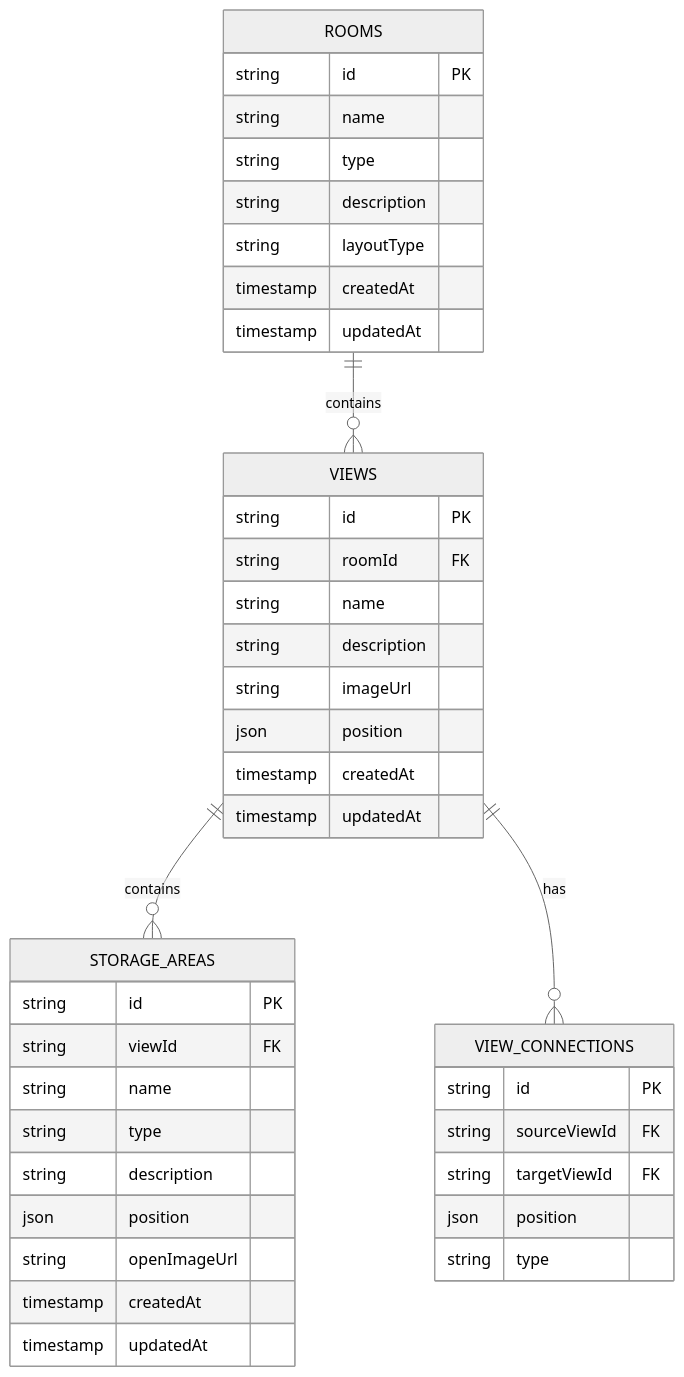
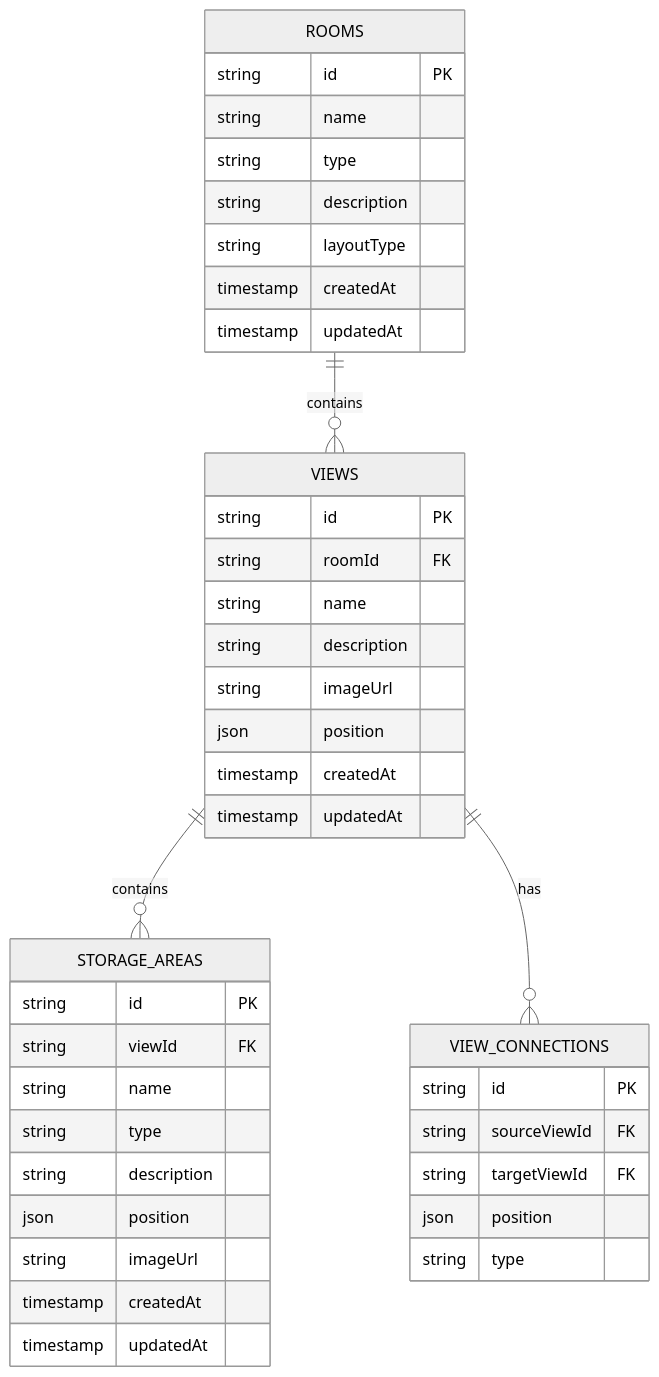
One commit to straiforos/kitchen-360 changed the second of 11 diagrams in docs/ARCHITECTURE.md. Above: the diagram before and after it, drawn with Mermaid (neutral theme). The commit also changed other lines of this file, not shown here.

First line of the commit message:
Enhance architecture documentation with new ImageUrlMixin and Position classes

````diff
--- a/docs/ARCHITECTURE.md
+++ b/docs/ARCHITECTURE.md
@@ -101,47 +105,47 @@
 ```mermaid
 erDiagram
     ROOMS ||--o{ VIEWS : contains
     VIEWS ||--o{ STORAGE_AREAS : contains
     VIEWS ||--o{ VIEW_CONNECTIONS : has
 
     ROOMS {
         string id PK
         string name
         string type
         string description
         string layoutType
         timestamp createdAt
         timestamp updatedAt
     }
 
     VIEWS {
         string id PK
         string roomId FK
         string name
         string description
         string imageUrl
         json position
         timestamp createdAt
         timestamp updatedAt
     }
 
     STORAGE_AREAS {
         string id PK
         string viewId FK
         string name
         string type
         string description
         json position
-        string openImageUrl
+        string imageUrl
         timestamp createdAt
         timestamp updatedAt
     }
 
     VIEW_CONNECTIONS {
         string id PK
         string sourceViewId FK
         string targetViewId FK
         json position
         string type
     }
 ```
````
